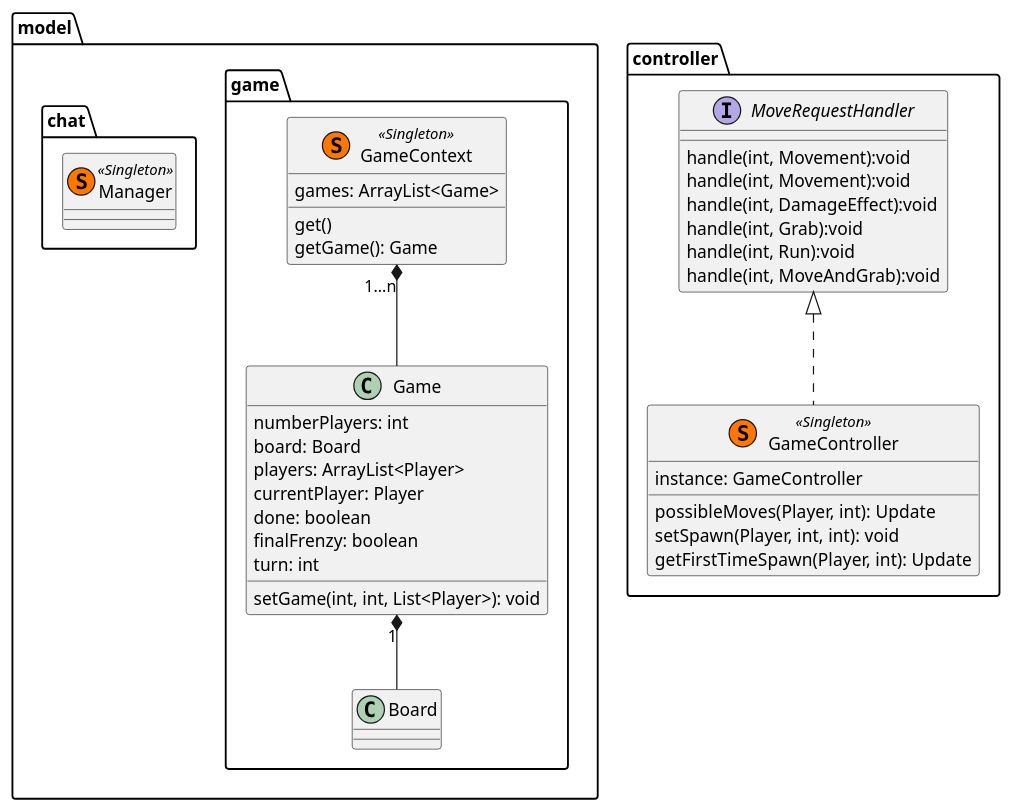
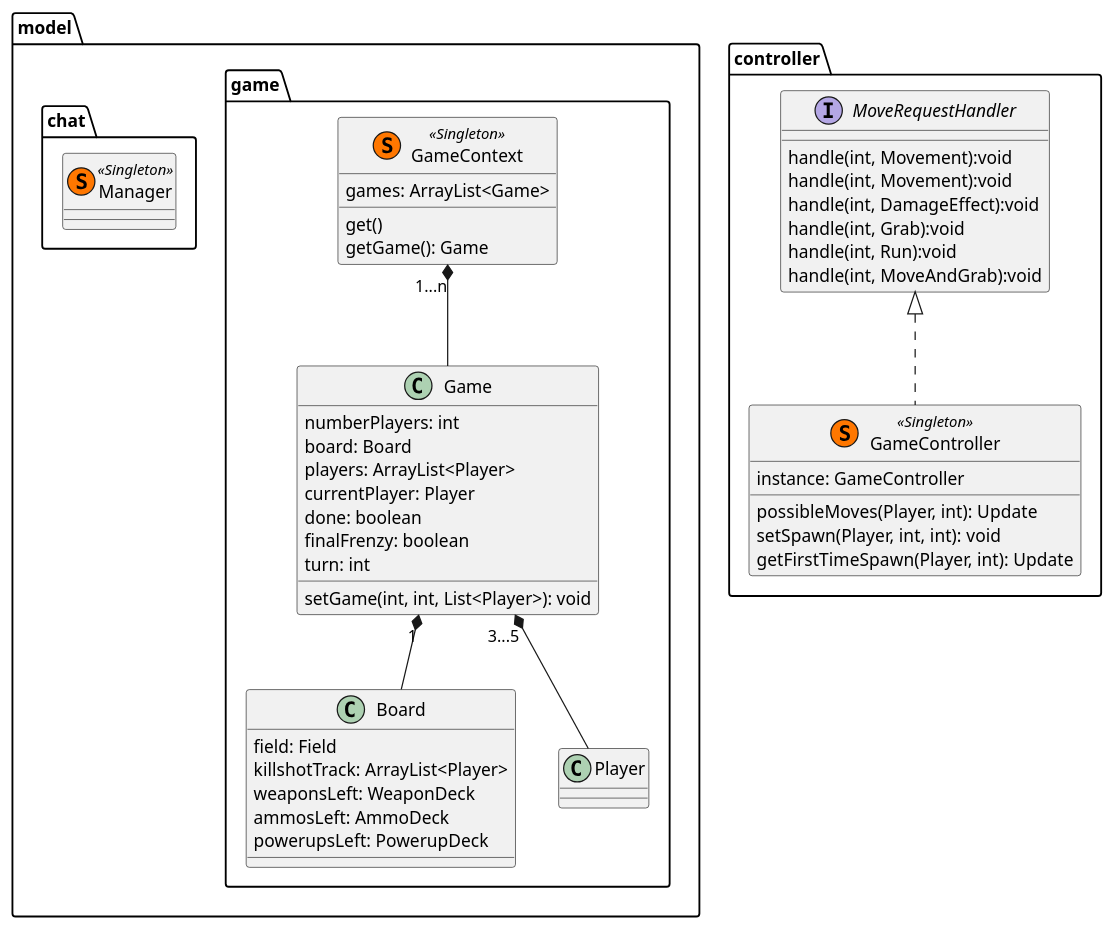
One commit to elenasl96/ing-sw-2019-6 changed the diagram in utility/Diagramma.puml. Above: the diagram before and after it, drawn with PlantUML.

```diff
--- a/utility/Diagramma.puml
+++ b/utility/Diagramma.puml
@@ -1,54 +1,64 @@
 @startuml
 package model{
     package game{
         class GameContext  << (S,#FF7700) Singleton >> {
             games: ArrayList<Game>
             __
             get()
             getGame(): Game
         }
 
         GameContext "1...n" *-- Game
 
         class Game{
             numberPlayers: int
             board: Board
             players: ArrayList<Player>
             currentPlayer: Player
             done: boolean
             finalFrenzy: boolean
             turn: int
             __
             setGame(int, int, List<Player>): void
         }
 
         Game "1" *-- Board
+        Game "3...5" *-- Player
 
         class Board{
+            field: Field
+            killshotTrack: ArrayList<Player>
+            weaponsLeft: WeaponDeck
+            ammosLeft: AmmoDeck
+            powerupsLeft: PowerupDeck
+            __
+        }
+
+        class Player{
 
         }
     }
     package chat{
             class Manager  << (S,#FF7700) Singleton >> {
             }
     }
 }
 
 package controller{
     class GameController  << (S,#FF7700) Singleton >> implements MoveRequestHandler {
         instance: GameController
         __
         possibleMoves(Player, int): Update
         setSpawn(Player, int, int): void
         getFirstTimeSpawn(Player, int): Update
     }
     interface MoveRequestHandler{
         handle(int, Movement):void
         handle(int, Movement):void
         handle(int, DamageEffect):void
         handle(int, Grab):void
         handle(int, Run):void
         handle(int, MoveAndGrab):void
     }
 }
 @enduml
```
